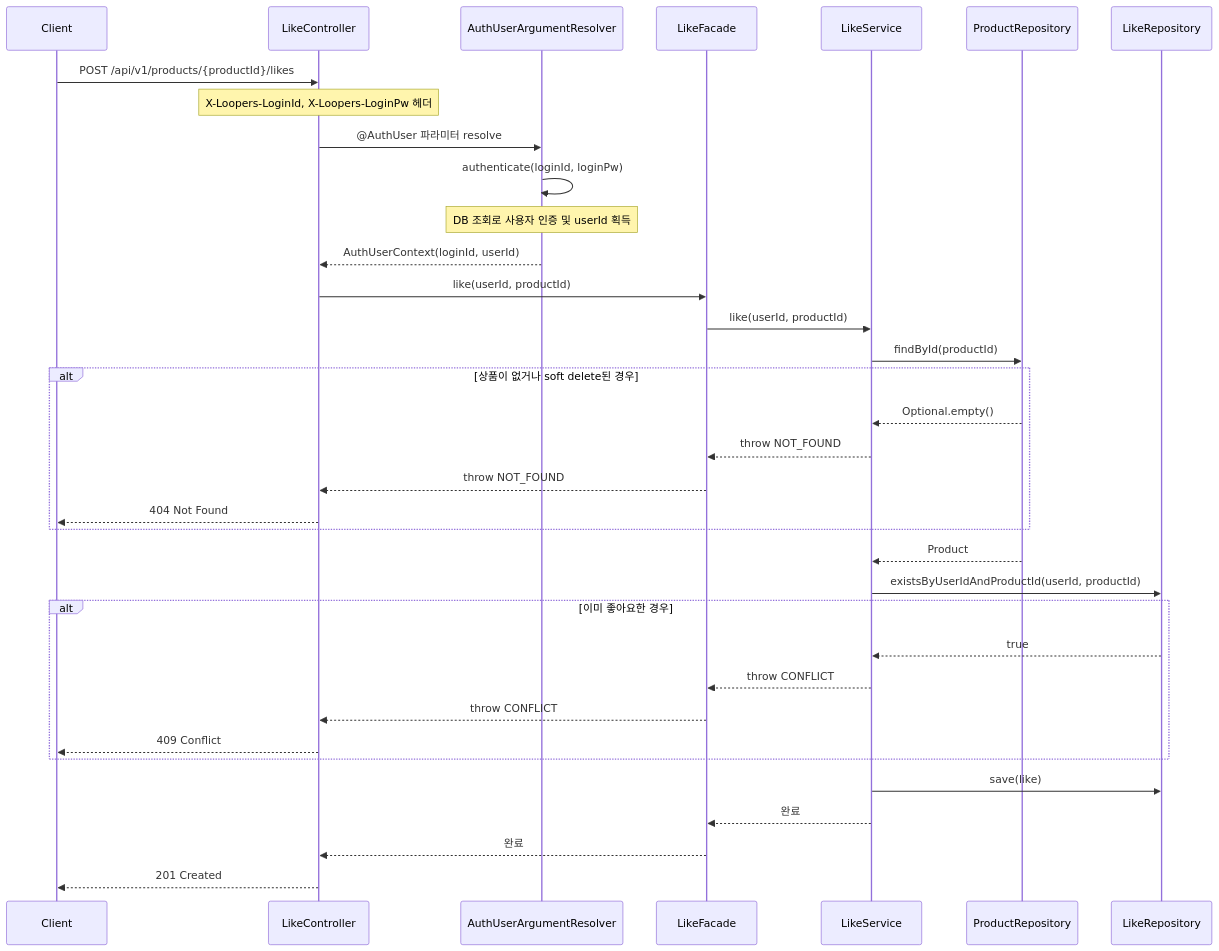
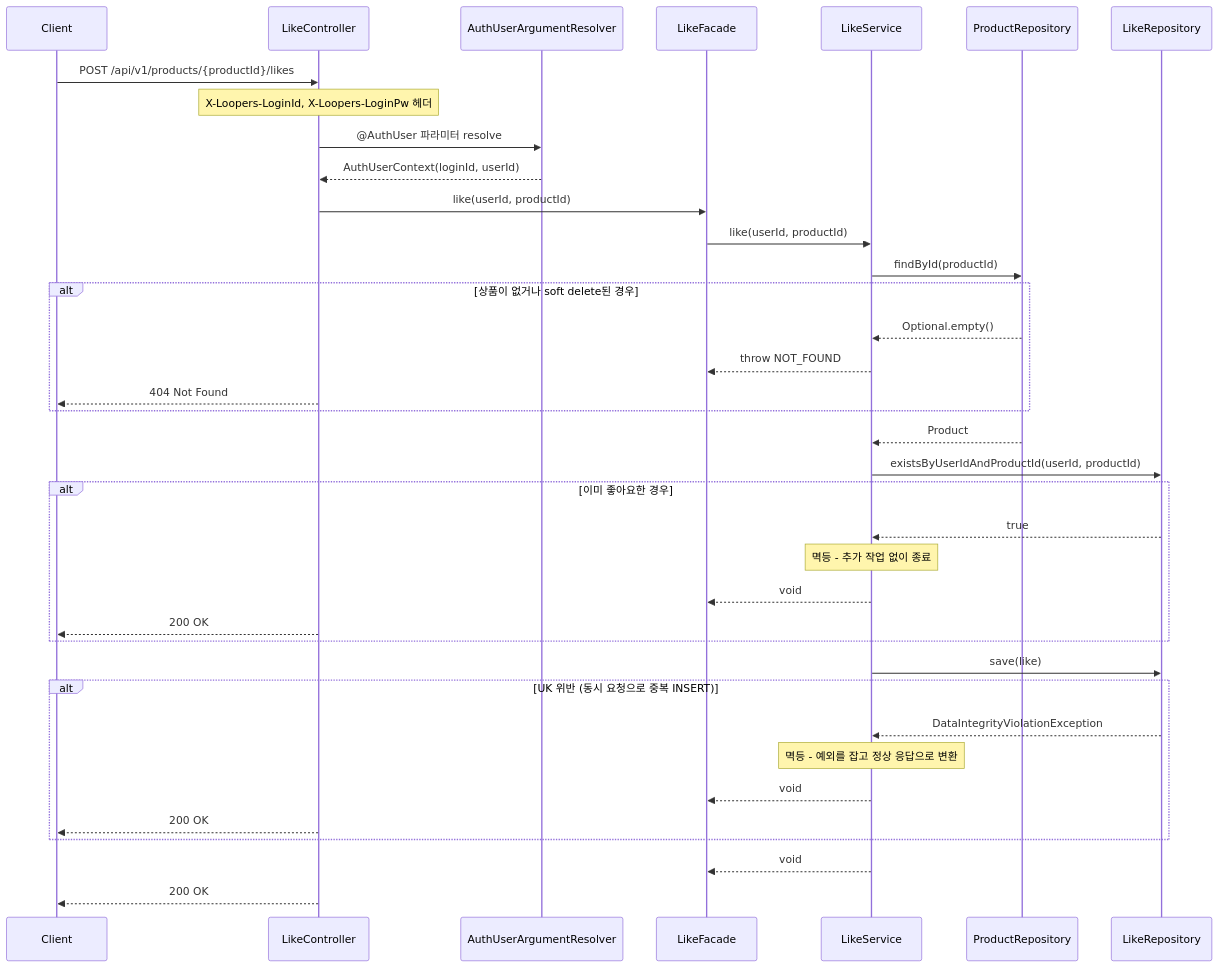
Diagram 12 of 20 in docs/week2/02-sequence-diagrams.md (loopers-labs/loop-pack-be-l2-vol4-java), drawn with Mermaid before and after one commit. The commit also changed other lines of this file and 3 other files, not shown here.

First line of the commit message:
docs: 요구사항 정의서 전체 리라이트 및 시퀀스/클래스/ERD 보완

````diff
--- a/docs/week2/02-sequence-diagrams.md
+++ b/docs/week2/02-sequence-diagrams.md
@@ -234,44 +361,46 @@
 ```mermaid
 sequenceDiagram
     participant Client
     participant LikeController
     participant AuthUserArgumentResolver
     participant LikeFacade
     participant LikeService
     participant ProductRepository
     participant LikeRepository
 
     Client->>LikeController: POST /api/v1/products/{productId}/likes
     Note over LikeController: X-Loopers-LoginId, X-Loopers-LoginPw 헤더
 
     LikeController->>AuthUserArgumentResolver: @AuthUser 파라미터 resolve
-    AuthUserArgumentResolver->>AuthUserArgumentResolver: authenticate(loginId, loginPw)
-    Note over AuthUserArgumentResolver: DB 조회로 사용자 인증 및 userId 획득
     AuthUserArgumentResolver-->>LikeController: AuthUserContext(loginId, userId)
 
     LikeController->>LikeFacade: like(userId, productId)
-
     LikeFacade->>LikeService: like(userId, productId)
 
     LikeService->>ProductRepository: findById(productId)
     alt 상품이 없거나 soft delete된 경우
         ProductRepository-->>LikeService: Optional.empty()
         LikeService-->>LikeFacade: throw NOT_FOUND
-        LikeFacade-->>LikeController: throw NOT_FOUND
         LikeController-->>Client: 404 Not Found
     end
     ProductRepository-->>LikeService: Product
 
     LikeService->>LikeRepository: existsByUserIdAndProductId(userId, productId)
     alt 이미 좋아요한 경우
         LikeRepository-->>LikeService: true
-        LikeService-->>LikeFacade: throw CONFLICT
-        LikeFacade-->>LikeController: throw CONFLICT
-        LikeController-->>Client: 409 Conflict
+        Note over LikeService: 멱등 - 추가 작업 없이 종료
+        LikeService-->>LikeFacade: void
+        LikeController-->>Client: 200 OK
     end
 
     LikeService->>LikeRepository: save(like)
-    LikeService-->>LikeFacade: 완료
-    LikeFacade-->>LikeController: 완료
-    LikeController-->>Client: 201 Created
+    alt UK 위반 (동시 요청으로 중복 INSERT)
+        LikeRepository-->>LikeService: DataIntegrityViolationException
+        Note over LikeService: 멱등 - 예외를 잡고 정상 응답으로 변환
+        LikeService-->>LikeFacade: void
+        LikeController-->>Client: 200 OK
+    end
+
+    LikeService-->>LikeFacade: void
+    LikeController-->>Client: 200 OK
 ```
````
